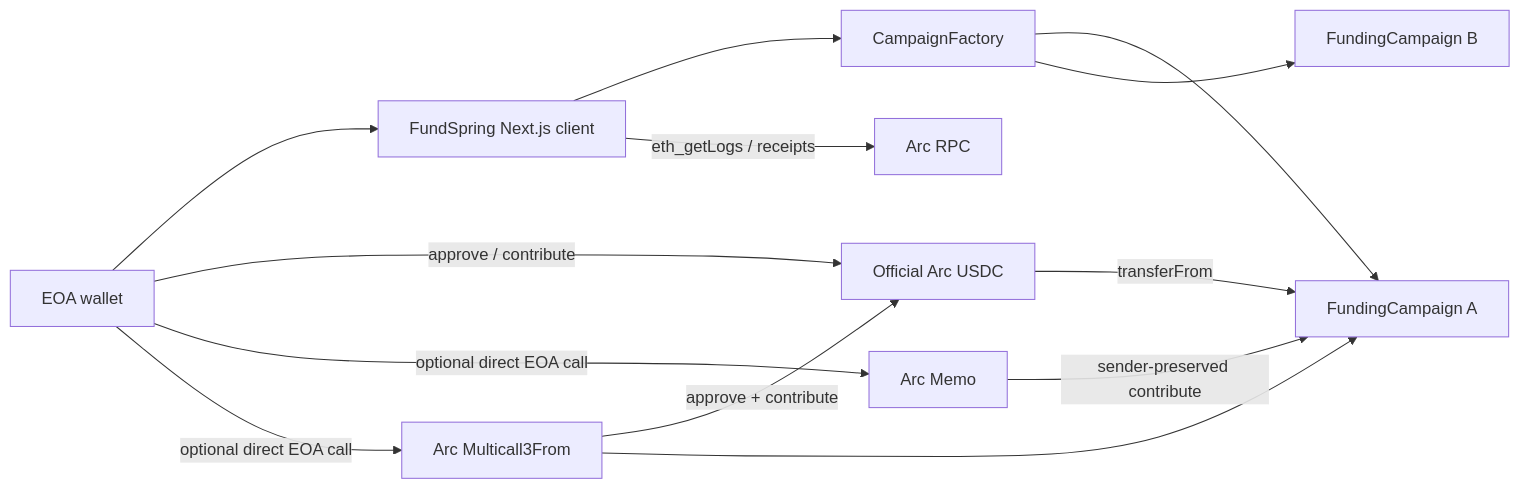
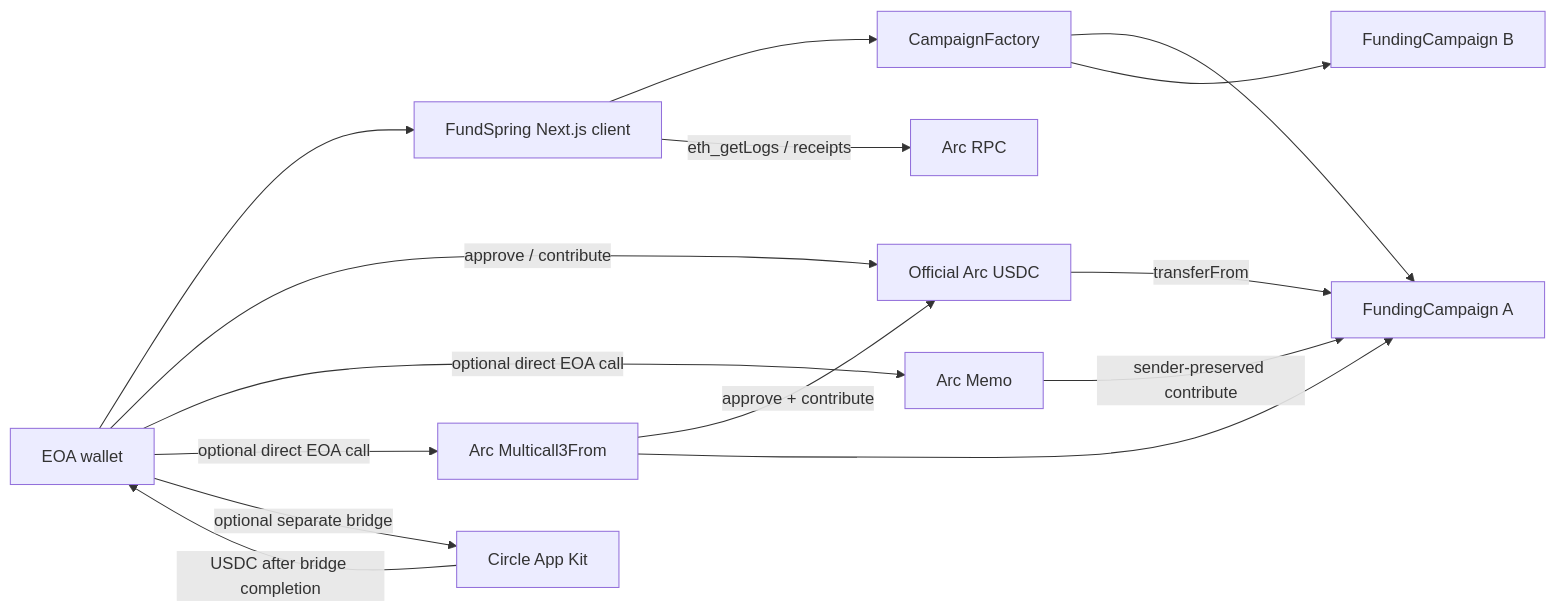
Before and after one commit to Bela1401/fundspring: the diagram in README.md, drawn with Mermaid. The commit also changed other lines of this file and 34 other files, not shown here.

Commit message:
feat: production-harden FundSpring Arc flows

````diff
--- a/README.md
+++ b/README.md
@@ -54,15 +54,17 @@
 ```mermaid
 flowchart LR
   U["EOA wallet"] --> UI["FundSpring Next.js client"]
   UI --> F["CampaignFactory"]
   F --> C1["FundingCampaign A"]
   F --> C2["FundingCampaign B"]
   U -->|"approve / contribute"| USDC["Official Arc USDC"]
   USDC -->|"transferFrom"| C1
   U -->|"optional direct EOA call"| MEMO["Arc Memo"]
   MEMO -->|"sender-preserved contribute"| C1
   U -->|"optional direct EOA call"| MULTI["Arc Multicall3From"]
   MULTI -->|"approve + contribute"| USDC
   MULTI --> C1
   UI -->|"eth_getLogs / receipts"| RPC["Arc RPC"]
+  U -->|"optional separate bridge"| APPKIT["Circle App Kit"]
+  APPKIT -->|"USDC after bridge completion"| U
 ```
````
